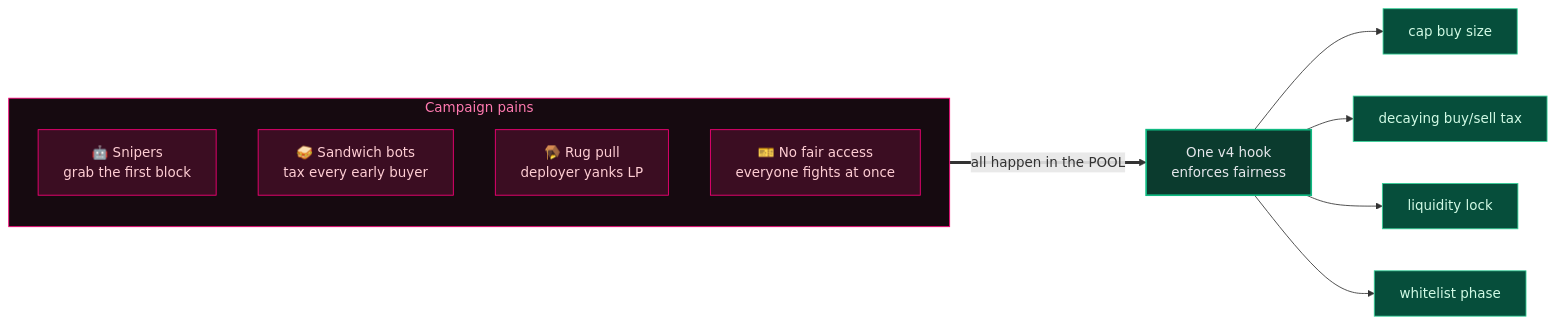
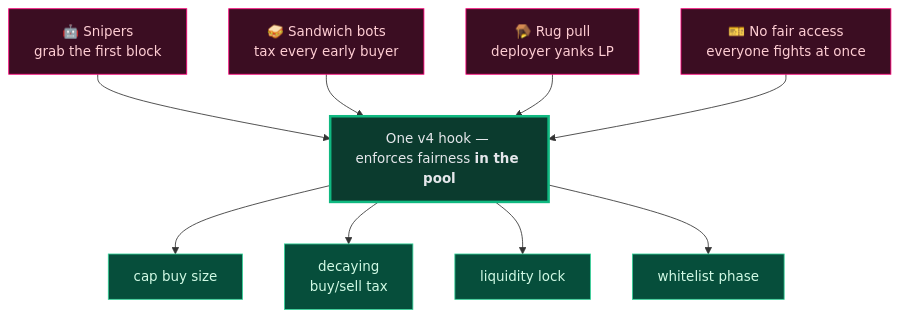
Before and after one commit to maxsiz/uhi9-token-launch-hook: the diagram in presentation/diagrams/pains.mmd, drawn with Mermaid. The commit also changed 12 other files, not shown here.

First line of the commit message:
FIX vercel build + enlarge diagram text + refresh slide 8

```diff
--- a/presentation/diagrams/pains.mmd
+++ b/presentation/diagrams/pains.mmd
@@ -1,17 +1,13 @@
-flowchart LR
-  subgraph PAINS["Campaign pains"]
-    direction TB
-    P1["🤖 Snipers<br/>grab the first block"]:::pain
-    P2["🥪 Sandwich bots<br/>tax every early buyer"]:::pain
-    P3["🪤 Rug pull<br/>deployer yanks LP"]:::pain
-    P4["🎫 No fair access<br/>everyone fights at once"]:::pain
-  end
-  PAINS ==>|"all happen in the POOL"| HOOK["One v4 hook<br/>enforces fairness"]:::live
+flowchart TB
+  P1["🤖 Snipers<br/>grab the first block"]:::pain --> HOOK
+  P2["🥪 Sandwich bots<br/>tax every early buyer"]:::pain --> HOOK
+  P3["🪤 Rug pull<br/>deployer yanks LP"]:::pain --> HOOK
+  P4["🎫 No fair access<br/>everyone fights at once"]:::pain --> HOOK
+  HOOK["One v4 hook — enforces fairness <b>in the pool</b>"]:::live
   HOOK --> S1["cap buy size"]:::fix
-  HOOK --> S2["decaying buy/sell tax"]:::fix
+  HOOK --> S2["decaying<br/>buy/sell tax"]:::fix
   HOOK --> S3["liquidity lock"]:::fix
   HOOK --> S4["whitelist phase"]:::fix
   classDef pain fill:#3b0d22,stroke:#ff007a,color:#fecdd3;
-  classDef live fill:#0b3b2e,stroke:#10b981,stroke-width:2px,color:#e5e7eb;
+  classDef live fill:#0b3b2e,stroke:#10b981,stroke-width:3px,color:#e5e7eb;
   classDef fix fill:#064e3b,stroke:#34d399,color:#d1fae5;
-  style PAINS fill:#160a10,stroke:#ff007a,color:#ff7ab0;
```
